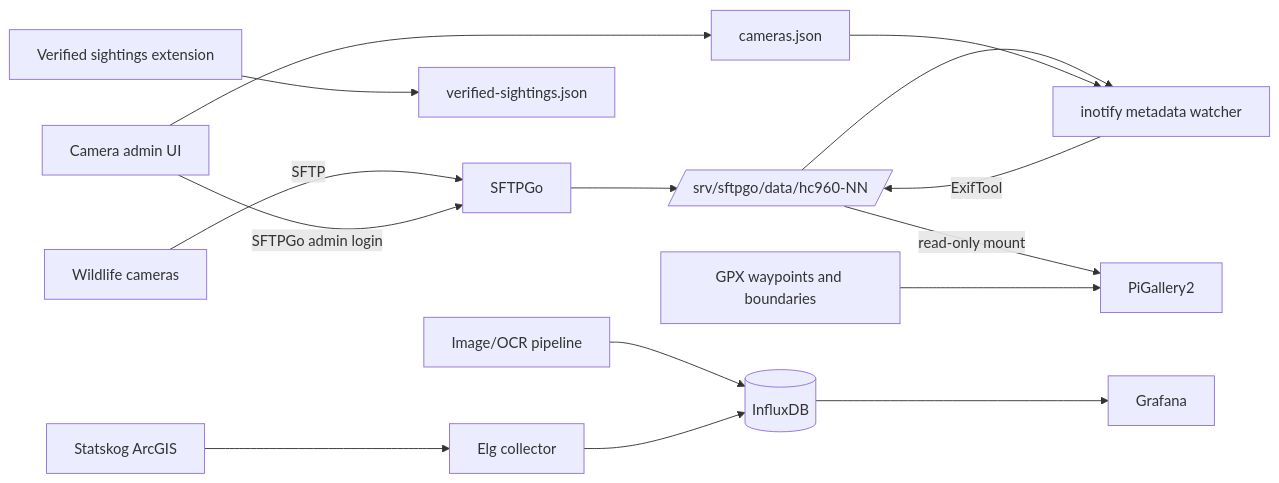
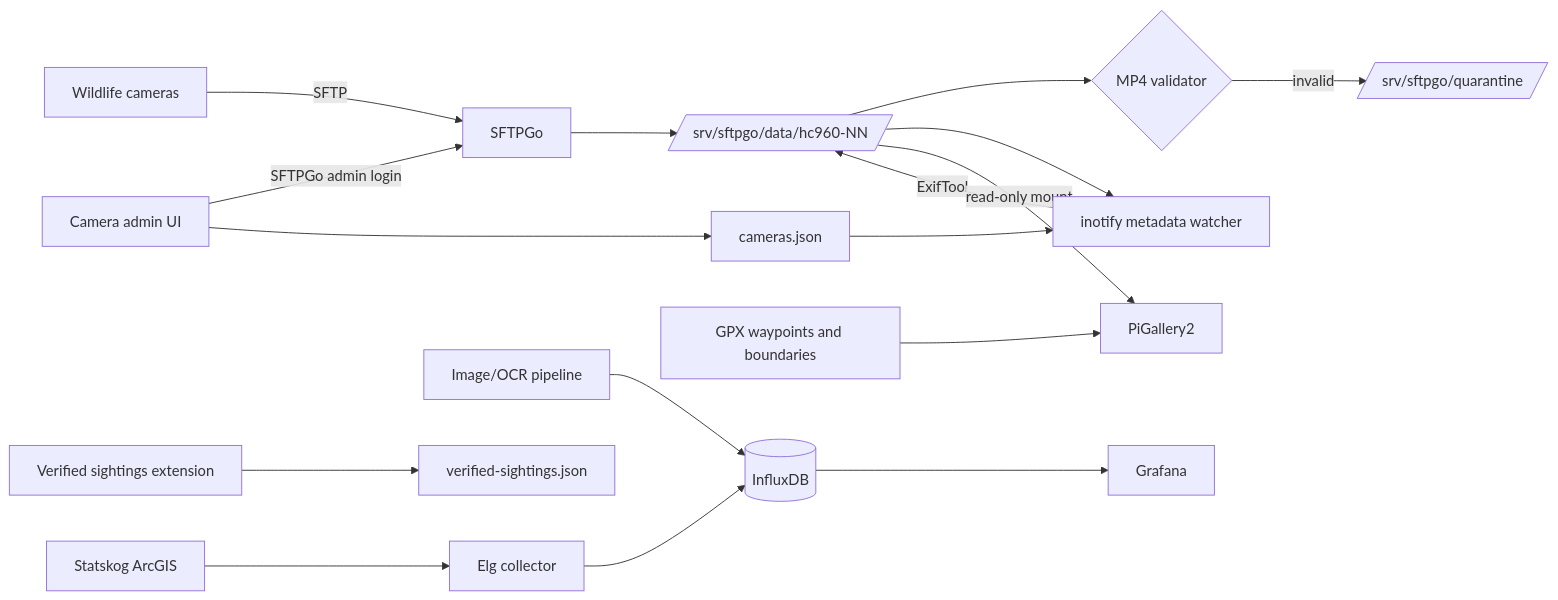
The diagram in README.md (G33kM0bile/wildlife-camera-gallery-stack), drawn with Mermaid before and after one commit. The commit also changed other lines of this file and 13 other files, not shown here.

````diff
--- a/README.md
+++ b/README.md
@@ -38,17 +41,19 @@
 ```mermaid
 flowchart LR
   C[Wildlife cameras] -->|SFTP| S[SFTPGo]
   S --> P[/srv/sftpgo/data/hc960-NN/]
+  P --> Q{MP4 validator}
+  Q -->|invalid| Z[/srv/sftpgo/quarantine/]
   P --> W[inotify metadata watcher]
   W -->|ExifTool| P
   P -->|read-only mount| G[PiGallery2]
   A[Camera admin UI] -->|SFTPGo admin login| S
   A --> J[cameras.json]
   J --> W
   X[Verified sightings extension] --> V[verified-sightings.json]
   F[GPX waypoints and boundaries] --> G
   I[Image/OCR pipeline] --> D[(InfluxDB)]
   E[Statskog ArcGIS] --> K[Elg collector]
   K --> D
   D --> R[Grafana]
 ```
````
